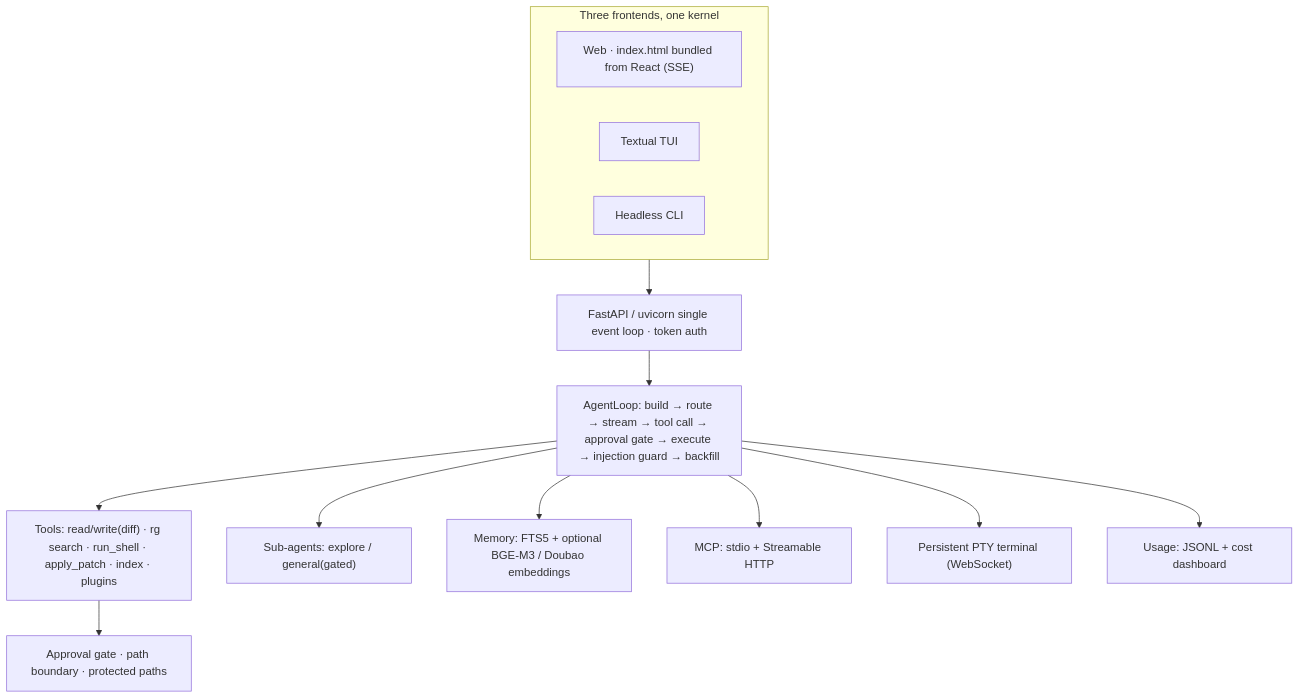
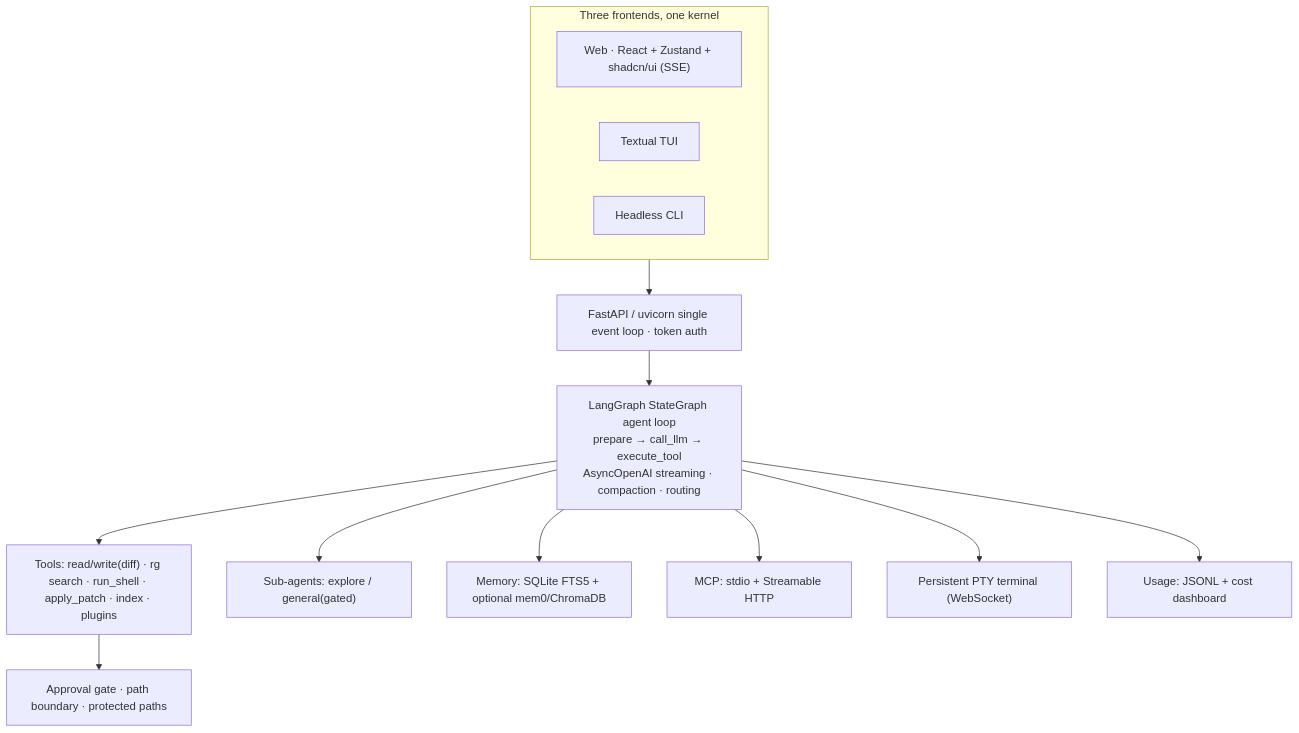
Before and after one commit to Morningstar202604/spark: the diagram in README.md, drawn with Mermaid. The commit also changed other lines of this file and 42 other files, not shown here.

````diff
--- a/README.md
+++ b/README.md
@@ -109,17 +136,17 @@
 ```mermaid
 flowchart TB
     subgraph UI["Three frontends, one kernel"]
-        WEB["Web · index.html bundled from React (SSE)"]
+        WEB["Web · React + Zustand + shadcn/ui (SSE)"]
         TUI["Textual TUI"]
         CLI["Headless CLI"]
     end
     UI --> API["FastAPI / uvicorn single event loop · token auth"]
-    API --> LOOP["AgentLoop: build → route → stream → tool call → approval gate → execute → injection guard → backfill"]
+    API --> LOOP["LangGraph StateGraph agent loop<br/>prepare → call_llm → execute_tool<br/>AsyncOpenAI streaming · compaction · routing"]
     LOOP --> TOOLS["Tools: read/write(diff) · rg search · run_shell · apply_patch · index · plugins"]
     LOOP --> SUB["Sub-agents: explore / general(gated)"]
-    LOOP --> MEM["Memory: FTS5 + optional BGE-M3 / Doubao embeddings"]
+    LOOP --> MEM["Memory: SQLite FTS5 + optional mem0/ChromaDB"]
     LOOP --> MCP["MCP: stdio + Streamable HTTP"]
     LOOP --> PTY["Persistent PTY terminal (WebSocket)"]
     LOOP --> USAGE["Usage: JSONL + cost dashboard"]
     TOOLS --> GATE["Approval gate · path boundary · protected paths"]
 ```
````
